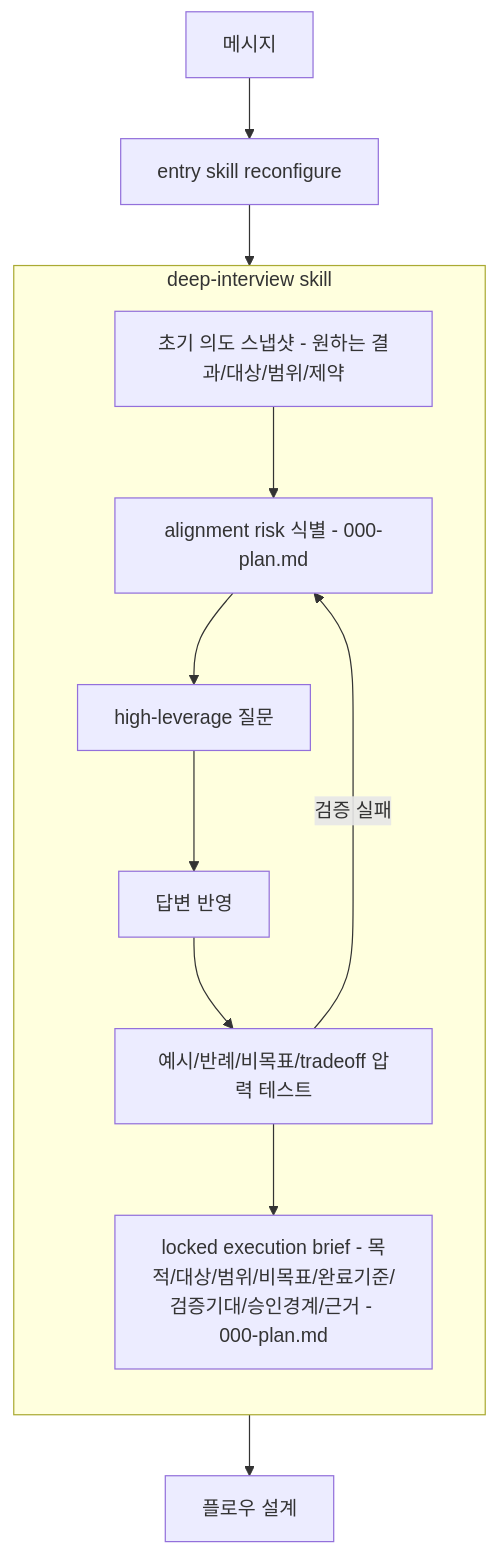
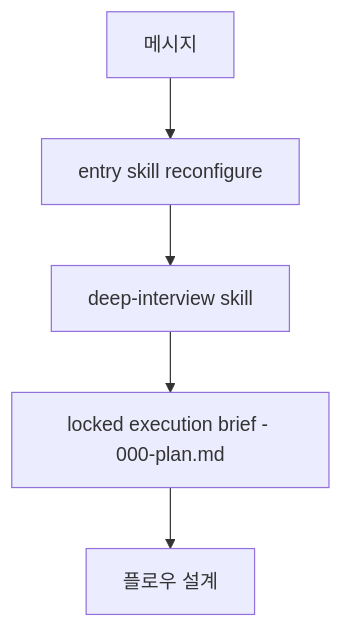
The second of 3 diagrams in src/loop-kit-dev/specs/skills/flow/intent.md (opnay/agent-plugins), drawn with Mermaid before and after one commit. The commit also changed other lines of this file and 9 other files, not shown here.

First line of the commit message:
docs: simplify flow message interview contract

````diff
--- a/src/loop-kit-dev/specs/skills/flow/intent.md
+++ b/src/loop-kit-dev/specs/skills/flow/intent.md
@@ -33,17 +33,7 @@
 ```mermaid
 graph TD
   MESSAGE[메시지] --> ENTRY_RECONFIG[entry skill reconfigure]
-  ENTRY_RECONFIG --> DEEP_INTERVIEW
-
-  subgraph DEEP_INTERVIEW[deep-interview skill]
-    direction TB
-    SNAPSHOT[초기 의도 스냅샷 - 원하는 결과/대상/범위/제약] --> RISK[alignment risk 식별 - 000-plan.md]
-    RISK --> ASK[high-leverage 질문]
-    ASK --> ANSWER[답변 반영]
-    ANSWER --> TEST[예시/반례/비목표/tradeoff 압력 테스트]
-    TEST -->|검증 실패| RISK
-    TEST --> BRIEF[locked execution brief - 목적/대상/범위/비목표/완료기준/검증기대/승인경계/근거 - 000-plan.md]
-  end
-
-  DEEP_INTERVIEW --> DESIGN[플로우 설계]
+  ENTRY_RECONFIG --> DEEP_INTERVIEW[deep-interview skill]
+  DEEP_INTERVIEW --> BRIEF[locked execution brief - 000-plan.md]
+  BRIEF --> DESIGN[플로우 설계]
 ```
````
